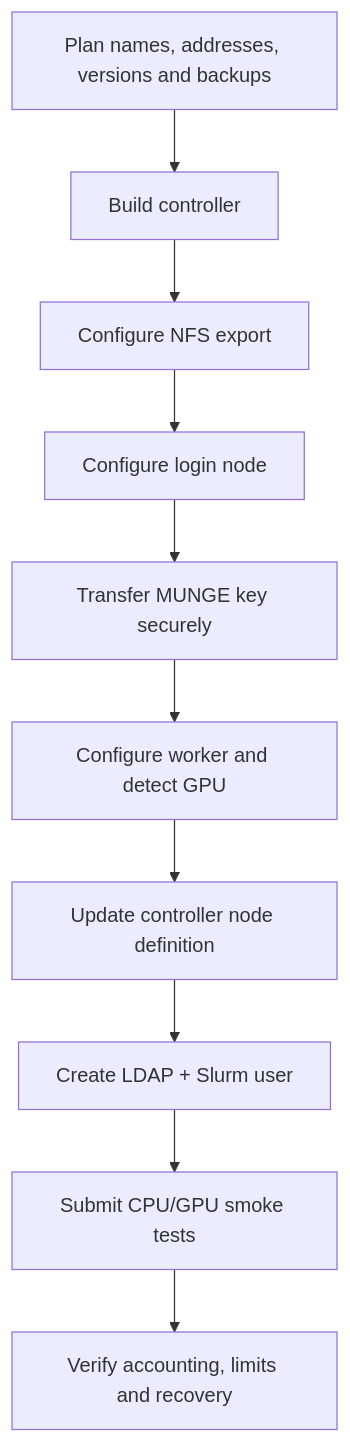
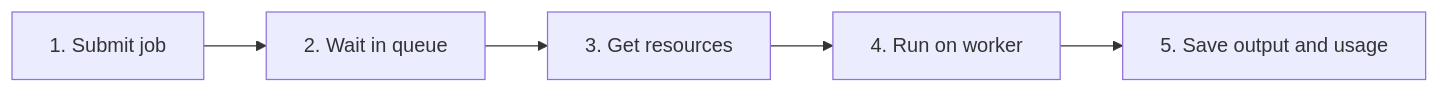
The second of 2 diagrams in README.md (Shahariarb50/Slurm-HPC-Project-for-AI-Infra), drawn with Mermaid before and after one commit. The commit also changed other lines of this file, not shown here.

````diff
--- a/README.md
+++ b/README.md
@@ -311,12 +115,7 @@
 ```mermaid
-flowchart TD
-    A[Plan names, addresses, versions and backups] --> B[Build controller]
-    B --> C[Configure NFS export]
-    C --> D[Configure login node]
-    D --> E[Transfer MUNGE key securely]
-    E --> F[Configure worker and detect GPU]
-    F --> G[Update controller node definition]
-    G --> H[Create LDAP + Slurm user]
-    H --> I[Submit CPU/GPU smoke tests]
-    I --> J[Verify accounting, limits and recovery]
+flowchart LR
+    A[1. Submit job] --> B[2. Wait in queue]
+    B --> C[3. Get resources]
+    C --> D[4. Run on worker]
+    D --> E[5. Save output and usage]
 ```
````
